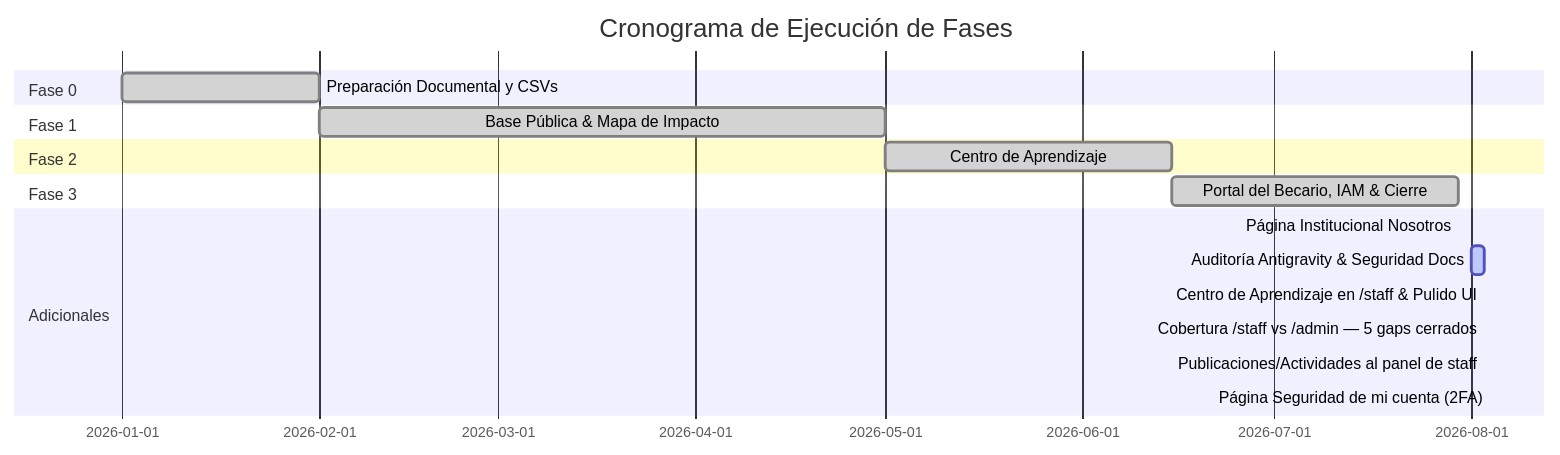
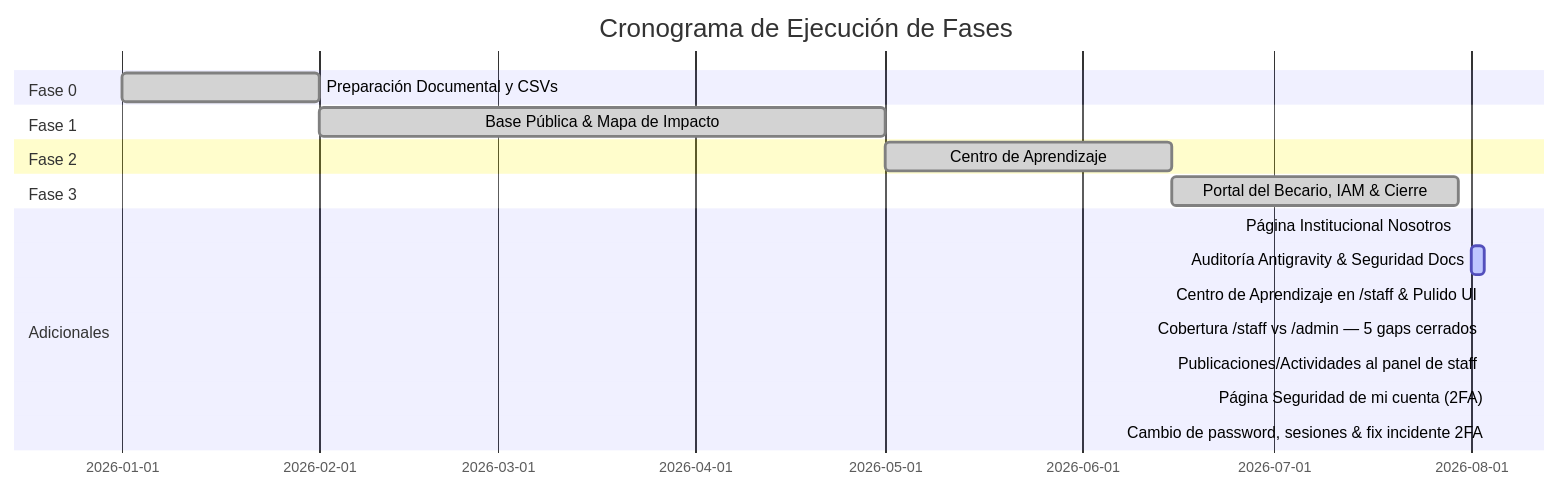
Before and after one commit to fabianconte7dg3/ForumPage: the diagram in obsidian/05 - Planificación & Estado/🚀 Plan de Ejecución & Estado de Fases.md, drawn with Mermaid. The commit also changed other lines of this file and 2 other files, not shown here.

First line of the commit message:
docs: sincronizar docs/plan.md y Obsidian — incidente de 2FA y causa raíz

````diff
--- a/obsidian/05 - Planificación & Estado/🚀 Plan de Ejecución & Estado de Fases.md
+++ b/obsidian/05 - Planificación & Estado/🚀 Plan de Ejecución & Estado de Fases.md
@@ -26,20 +26,21 @@
 ```mermaid
 gantt
     title Cronograma de Ejecución de Fases
     dateFormat  YYYY-MM-DD
     section Fase 0
     Preparación Documental y CSVs     :done, f0, 2026-01-01, 2026-02-01
     section Fase 1
     Base Pública & Mapa de Impacto    :done, f1, 2026-02-01, 2026-05-01
     section Fase 2
     Centro de Aprendizaje             :done, f2, 2026-05-01, 2026-06-15
     section Fase 3
     Portal del Becario, IAM & Cierre  :done, f3, 2026-06-15, 2026-07-30
     section Adicionales
     Página Institucional Nosotros     :done, f4, 2026-07-30, 2026-07-30
     Auditoría Antigravity & Seguridad Docs :active, f5, 2026-08-01, 2026-08-03
     Centro de Aprendizaje en /staff & Pulido UI :done, f6, 2026-08-03, 2026-08-03
     Cobertura /staff vs /admin — 5 gaps cerrados :done, f7, 2026-08-03, 2026-08-03
     Publicaciones/Actividades al panel de staff :done, f8, 2026-08-03, 2026-08-03
     Página Seguridad de mi cuenta (2FA)          :done, f9, 2026-08-04, 2026-08-04
+    Cambio de password, sesiones & fix incidente 2FA :done, f10, 2026-08-04, 2026-08-04
 ```
````
